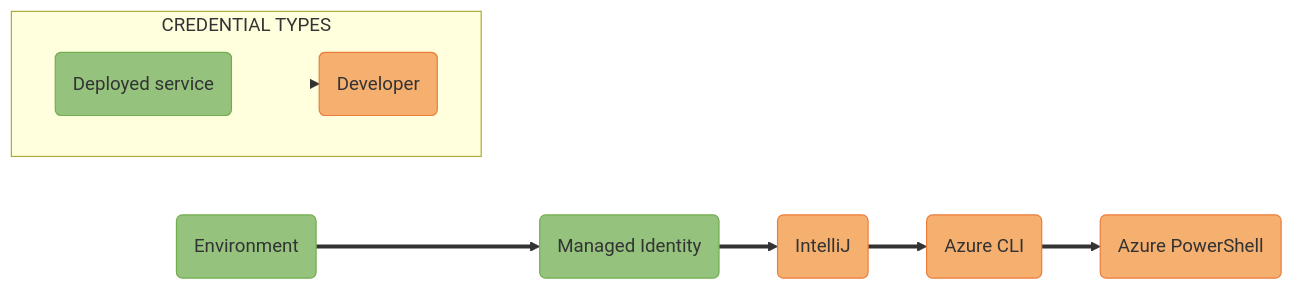
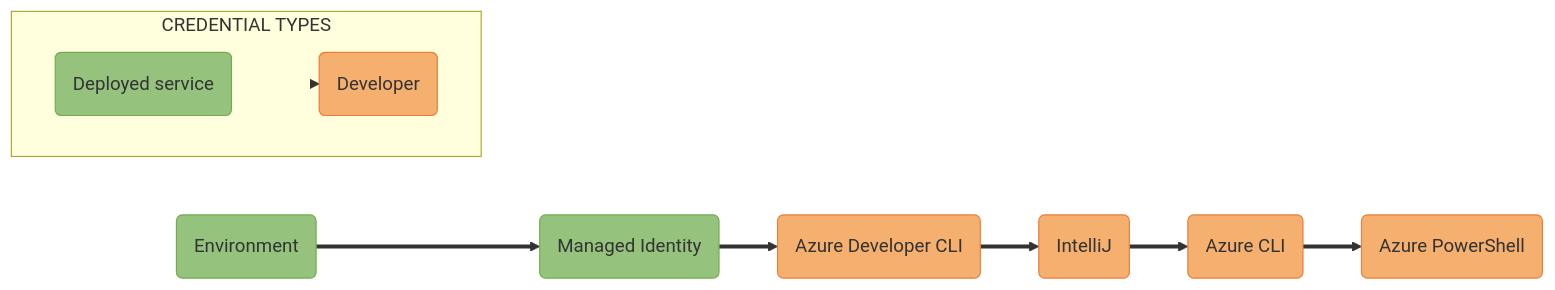
Before and after one commit to Azure/azure-sdk-for-java: the diagram in sdk/identity/azure-identity/images/mermaidjs/DefaultAzureCredentialAuthFlow.md, drawn with Mermaid. The commit also changed 3 other files, not shown here.

````diff
--- a/sdk/identity/azure-identity/images/mermaidjs/DefaultAzureCredentialAuthFlow.md
+++ b/sdk/identity/azure-identity/images/mermaidjs/DefaultAzureCredentialAuthFlow.md
@@ -1,28 +1,29 @@
 ```mermaid
 %% STEPS TO GENERATE IMAGE
 %% =======================
 %% 1. Install mermaid CLI (see https://github.com/mermaid-js/mermaid-cli/blob/master/README.md)
+%%    v8.14.0 is known good for our process. npm install -g @mermaid-js/mermaid-cli@8.14.0
 %% 2. Run command: mmdc -i DefaultAzureCredentialAuthFlow.md -o DefaultAzureCredentialAuthFlow.svg
 
 flowchart LR;
-    A(Environment):::deployed ==> B(Managed Identity):::deployed ==> C(IntelliJ):::developer ==> D(Azure CLI):::developer ==> E(Azure PowerShell):::developer;
+    A(Environment):::deployed ==> B(Managed Identity):::deployed ==> C(Azure Developer CLI):::developer ==> D(IntelliJ):::developer ==> E(Azure CLI):::developer ==> F(Azure PowerShell):::developer;
 
     subgraph CREDENTIAL TYPES;
         direction LR;
         Deployed(Deployed service):::deployed ==> Developer(Developer):::developer;
 
         %% Hide links between boxes in the legend by setting width to 0. The integers after "linkStyle" represent link indices.
-        linkStyle 4 stroke-width:0px;
+        linkStyle 5 stroke-width:0px;
     end;
 
     %% Define styles for credential type boxes
     classDef deployed fill:#95C37E, stroke:#71AD4C;
     classDef developer fill:#F5AF6F, stroke:#EB7C39;
 
     %% Add API ref links to credential type boxes
-    click A "https://docs.microsoft.com/java/api/com.azure.identity.environmentcredential?view=azure-java-stable" _blank;
-    click B "https://docs.microsoft.com/java/api/com.azure.identity.managedidentitycredential?view=azure-java-stable" _blank;
-    click C "https://docs.microsoft.com/java/api/com.azure.identity.intellijcredential?view=azure-java-stable" _blank;
-    click E "https://docs.microsoft.com/java/api/com.azure.identity.azureclicredential?view=azure-java-stable" _blank;
-    click F "https://docs.microsoft.com/java/api/com.azure.identity.azurepowershellcredential?view=azure-java-stable" _blank;
+    click A "https://learn.microsoft.com/java/api/com.azure.identity.environmentcredential?view=azure-java-stable" _blank;
+    click B "https://learn.microsoft.com/java/api/com.azure.identity.managedidentitycredential?view=azure-java-stable" _blank;
+    click D "https://learn.microsoft.com/java/api/com.azure.identity.intellijcredential?view=azure-java-stable" _blank;
+    click E "https://learn.microsoft.com/java/api/com.azure.identity.azureclicredential?view=azure-java-stable" _blank;
+    click F "https://learn.microsoft.com/java/api/com.azure.identity.azurepowershellcredential?view=azure-java-stable" _blank;
 ```
````
